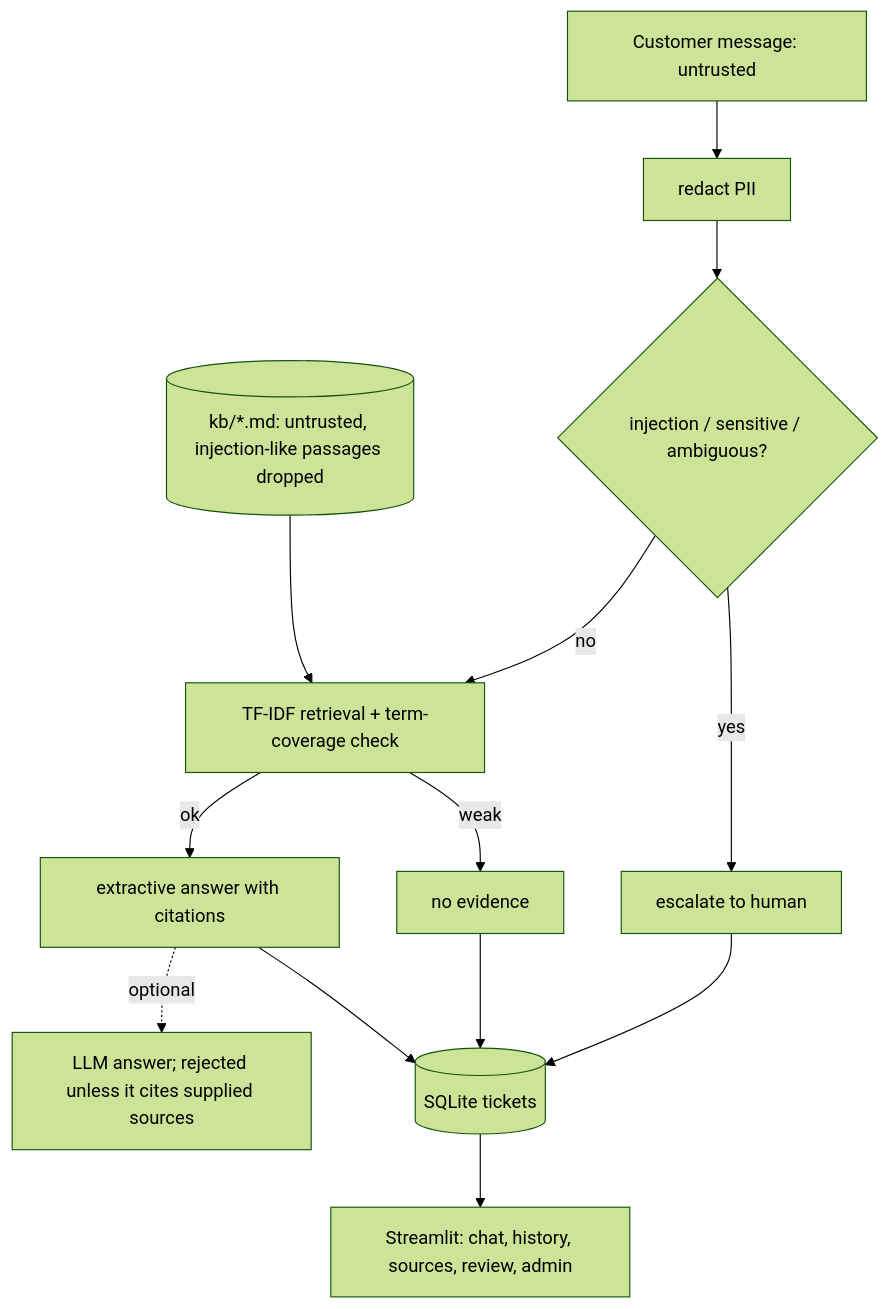
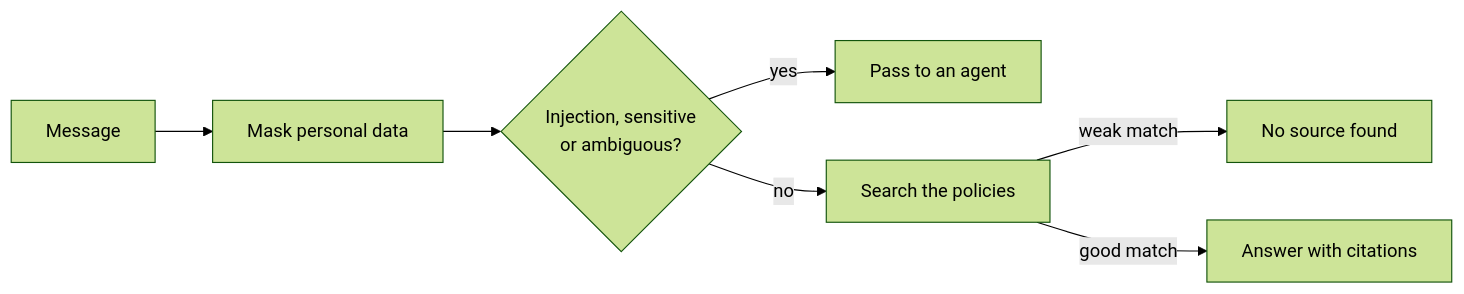
Before and after one commit to abiliocoe-source/resolveai: the diagram in README.md, drawn with Mermaid (forest theme). The commit also changed other lines of this file and 3 other files, not shown here.

````diff
--- a/README.md
+++ b/README.md
@@ -23,15 +33,9 @@
 ```mermaid
-flowchart TD
-  M[Customer message: untrusted] --> R[redact PII]
-  R --> G{injection / sensitive / ambiguous?}
-  G -- yes --> E[escalate to human]
-  G -- no --> Q[TF-IDF retrieval + term-coverage check]
-  KB[(kb/*.md: untrusted, injection-like passages dropped)] --> Q
-  Q -- weak --> N[no evidence]
-  Q -- ok --> A[extractive answer with citations]
-  A -. optional .-> L[LLM answer; rejected unless it cites supplied sources]
-  E --> S[(SQLite tickets)]
-  N --> S
-  A --> S
-  S --> UI[Streamlit: chat, history, sources, review, admin]
+flowchart LR
+  M[Message] --> R[Mask personal data]
+  R --> G{Injection, sensitive<br/>or ambiguous?}
+  G -- yes --> E[Pass to an agent]
+  G -- no --> Q[Search the policies]
+  Q -- weak match --> N[No source found]
+  Q -- good match --> A[Answer with citations]
 ```
````
